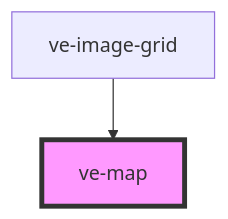
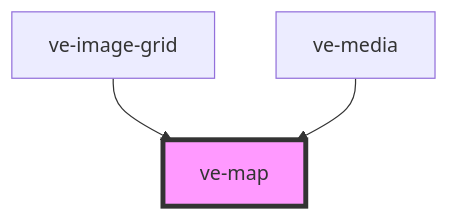
The diagram in src/components/ve-map/readme.md (juncture-digital/web-components), drawn with Mermaid before and after one commit. The commit also changed other lines of this file and 19 other files, not shown here.

````diff
--- a/src/components/ve-map/readme.md
+++ b/src/components/ve-map/readme.md
@@ -34,5 +35,6 @@
 ```mermaid
 graph TD;
   ve-image-grid --> ve-map
+  ve-media --> ve-map
   style ve-map fill:#f9f,stroke:#333,stroke-width:4px
 ```
````
